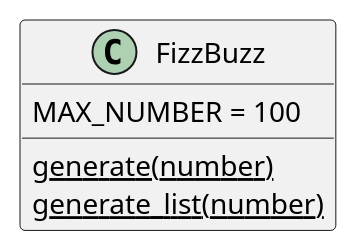
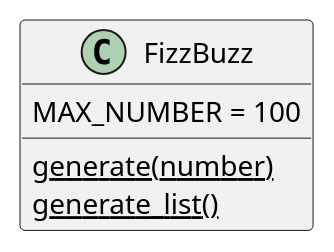
Before and after one commit to hiroshima-arc/tdd_rb: the second of 42 diagrams in docs/src/article/episode_3.adoc, drawn with PlantUML. The commit also changed other lines of this file and 17 other files, not shown here.

```diff
--- a/docs/src/article/episode_3.adoc
+++ b/docs/src/article/episode_3.adoc
@@ -1077,8 +1077,8 @@
 [plantuml]
 ----
 class FizzBuzz {
     MAX_NUMBER = 100
     {static} generate(number)
-    {static} generate_list(number)
+    {static} generate_list()
 }
 ----
```
